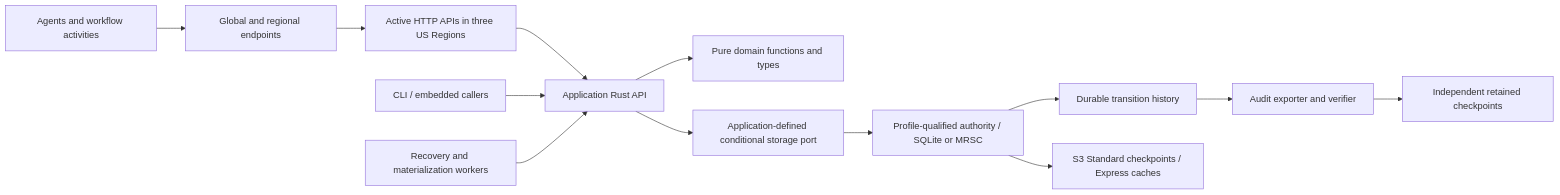
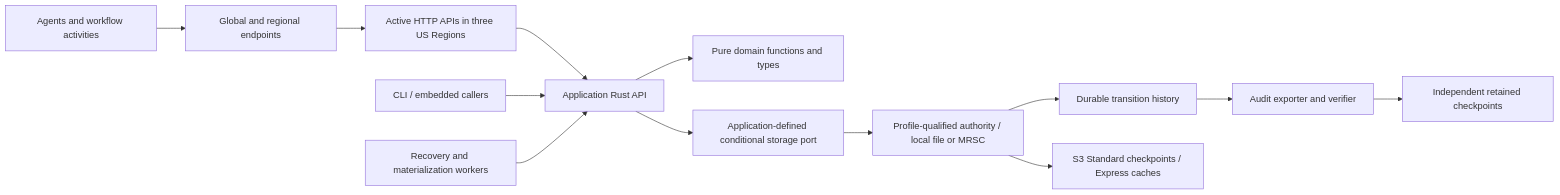
Before and after one commit to bobby/rescrow: the first of 2 diagrams in DESIGN.md, drawn with Mermaid. The commit also changed other lines of this file and 27 other files, not shown here.

````diff
--- a/DESIGN.md
+++ b/DESIGN.md
@@ -168,15 +170,15 @@
 ```mermaid
 flowchart LR
     A[Agents and workflow activities] --> G[Global and regional endpoints]
     G --> H[Active HTTP APIs in three US Regions]
     H --> APP[Application Rust API]
     L[CLI / embedded callers] --> APP
     W[Recovery and materialization workers] --> APP
     APP --> P[Pure domain functions and types]
     APP --> S[Application-defined conditional storage port]
-    S --> B[Profile-qualified authority / SQLite or MRSC]
+    S --> B[Profile-qualified authority / local file or MRSC]
     B --> E[Durable transition history]
     B --> O[S3 Standard checkpoints / Express caches]
     E --> V[Audit exporter and verifier]
     V --> C[Independent retained checkpoints]
 ```
````
